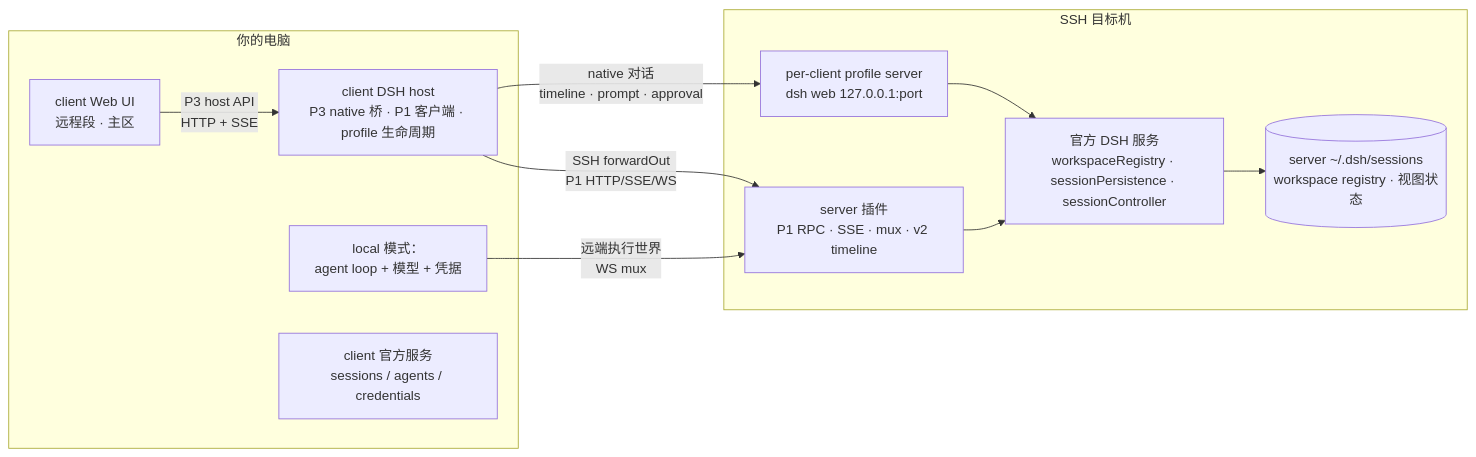
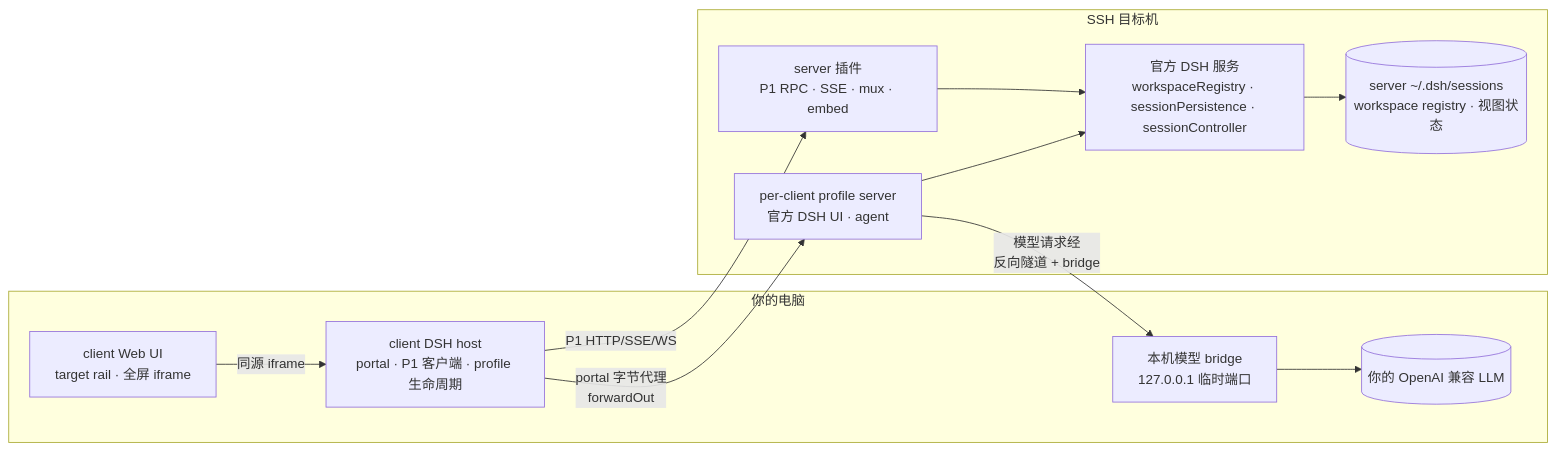
Before and after one commit to graydovee/dsh-remote-window: the diagram in README-zh.md, drawn with Mermaid. The commit also changed other lines of this file and 43 other files, not shown here.

````diff
--- a/README-zh.md
+++ b/README-zh.md
@@ -61,21 +65,22 @@
 ```mermaid
 flowchart LR
   subgraph client [你的电脑]
-    UI[client Web UI<br/>远程段 · 主区]
-    CHOST[client DSH host<br/>P3 native 桥 · P1 客户端 · profile 生命周期]
-    LOOP[local 模式：<br/>agent loop + 模型 + 凭据]
-    AGENTS[client 官方服务<br/>sessions / agents / credentials]
+    UI[client Web UI<br/>target rail · 全屏 iframe]
+    CHOST[client DSH host<br/>portal · P1 客户端 · profile 生命周期]
+    LOCAL[本机模型 bridge<br/>127.0.0.1 临时端口]
+    LLM[(你的 OpenAI 兼容 LLM)]
   end
   subgraph server [SSH 目标机]
-    PROF[per-client profile server<br/>dsh web 127.0.0.1:port]
-    PLUG[server 插件<br/>P1 RPC · SSE · mux · v2 timeline]
+    PROF[per-client profile server<br/>官方 DSH UI · agent]
+    PLUG[server 插件<br/>P1 RPC · SSE · mux · embed]
     OFF[官方 DSH 服务<br/>workspaceRegistry · sessionPersistence · sessionController]
     LOG[(server ~/.dsh/sessions<br/>workspace registry · 视图状态)]
   end
-  UI -->|P3 host API<br/>HTTP + SSE| CHOST
-  CHOST -->|SSH forwardOut<br/>P1 HTTP/SSE/WS| PLUG
-  CHOST -->|native 对话<br/>timeline · prompt · approval| PROF
-  LOOP -->|远端执行世界<br/>WS mux| PLUG
+  UI -->|同源 iframe| CHOST
+  CHOST -->|portal 字节代理<br/>forwardOut| PROF
+  CHOST -->|P1 HTTP/SSE/WS| PLUG
+  PROF -->|模型请求经<br/>反向隧道 + bridge| LOCAL
+  LOCAL --> LLM
   PLUG --> OFF --> LOG
   PROF --> OFF
 ```
````
